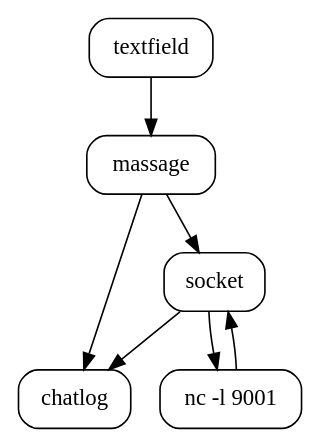
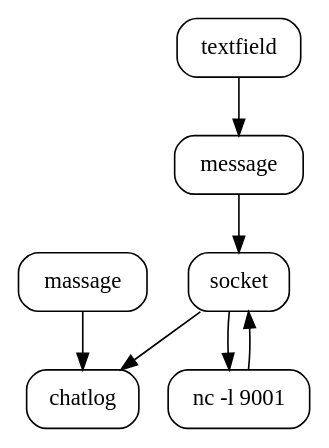
One commit to mpw/FlowChat changed the diagram in FlowChat/flowchat-diagram.gv. Above: the diagram before and after it, drawn with Graphviz.

Commit message:
Fixed typo "message"

```diff
--- a/FlowChat/flowchat-diagram.gv
+++ b/FlowChat/flowchat-diagram.gv
@@ -1,10 +1,10 @@
 digraph {
     node [shape=rect style=rounded];
-    textfield -> massage -> socket
+    textfield -> message -> socket
     massage -> chatlog
     socket -> chatlog
 
     socket -> "nc -l 9001"
     "nc -l 9001" -> socket
     
 }
```
